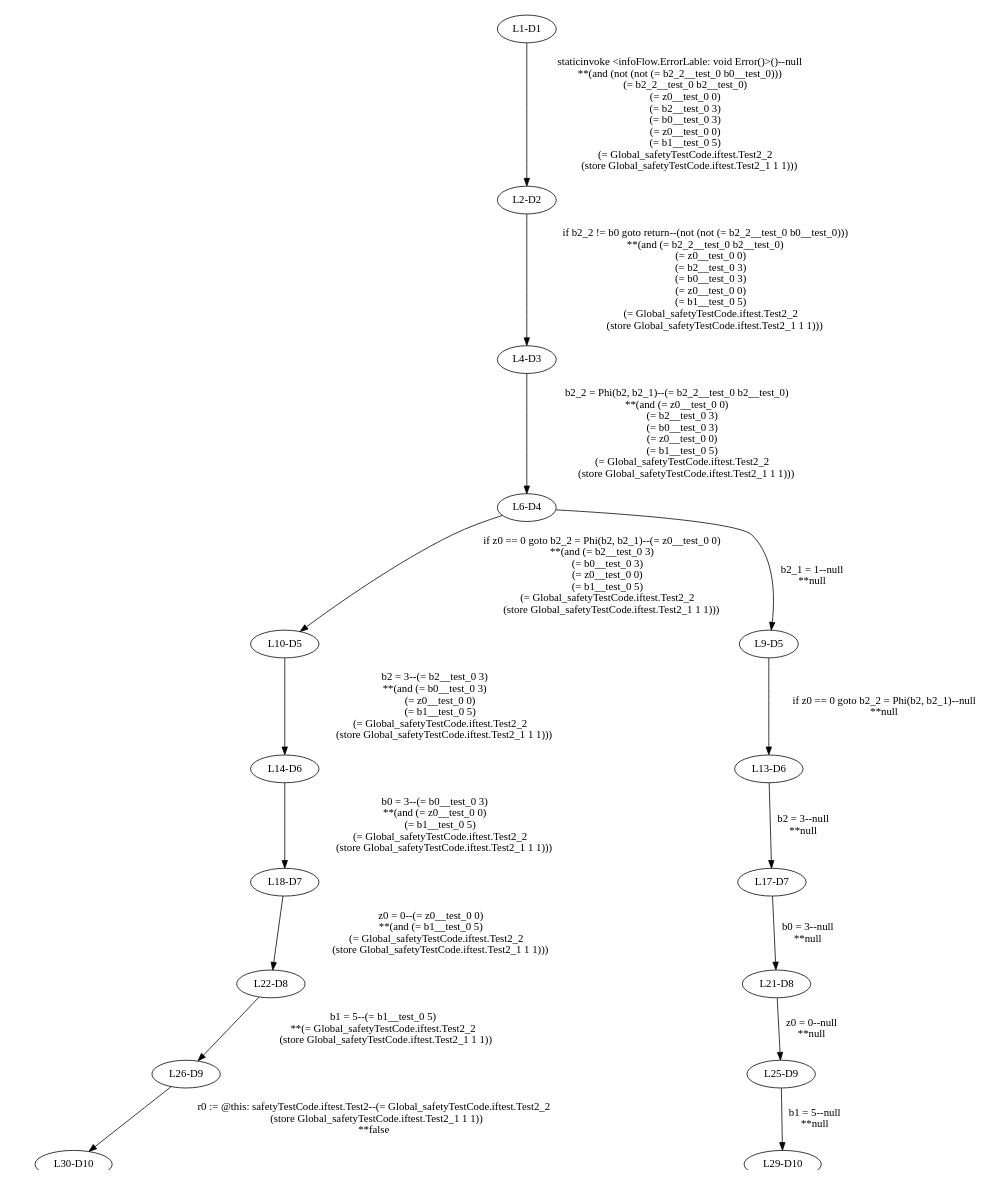
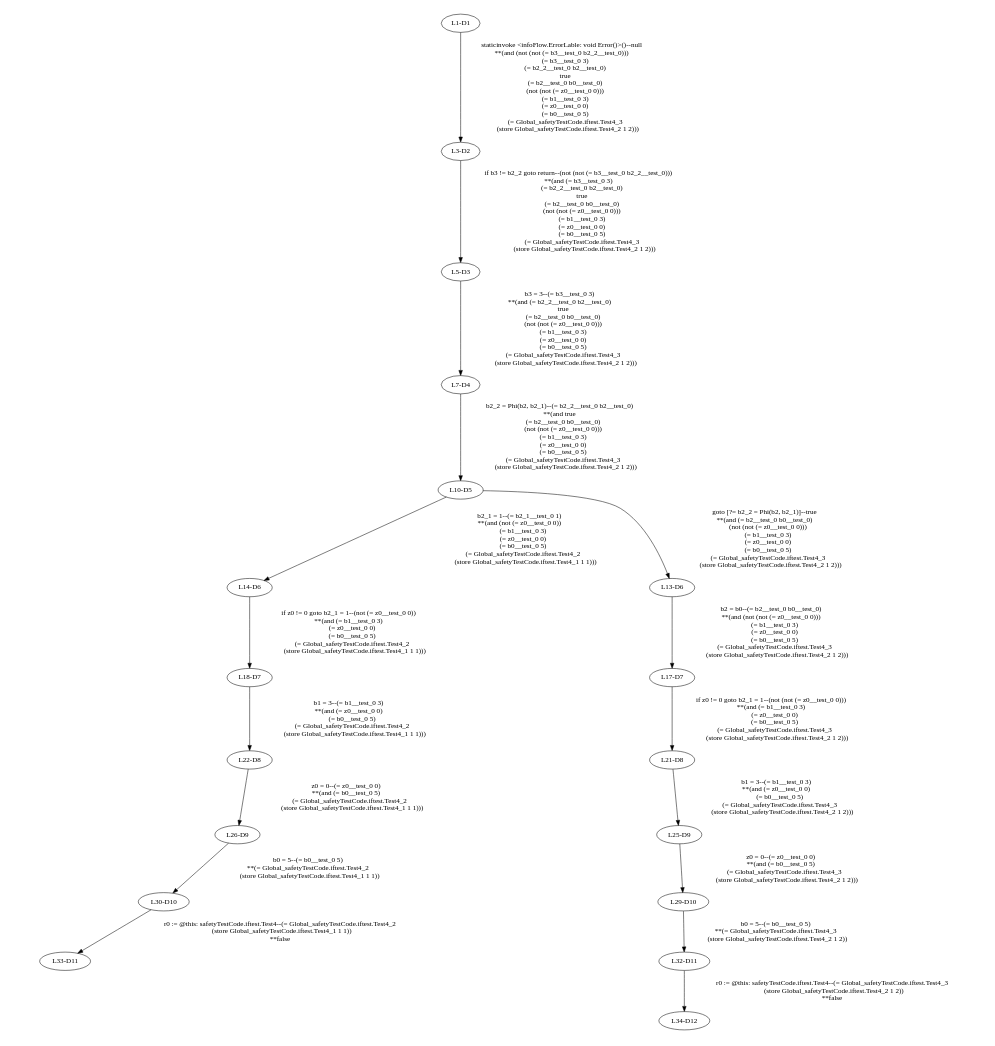
The diagram in SafetyChecker2/_errors.dot (gt-wunderhorn/gt-wunderhorn), drawn with Graphviz before and after one commit. The commit also changed 31 other files, not shown here.

```diff
--- a/SafetyChecker2/_errors.dot
+++ b/SafetyChecker2/_errors.dot
@@ -1,72 +1,111 @@
 digraph { 
 	ratio="fill";
 	size="8.3,11.7!";
 	margin=0;
-	"L1-D1" -> "L2-D2"[label="staticinvoke <infoFlow.ErrorLable: void Error()>()--null
-**(and (not (not (= b2_2__test_0 b0__test_0)))
+	"L1-D1" -> "L3-D2"[label="staticinvoke <infoFlow.ErrorLable: void Error()>()--null
+**(and (not (not (= b3__test_0 b2_2__test_0)))
+     (= b3__test_0 3)
      (= b2_2__test_0 b2__test_0)
+     true
+     (= b2__test_0 b0__test_0)
+     (not (not (= z0__test_0 0)))
+     (= b1__test_0 3)
      (= z0__test_0 0)
-     (= b2__test_0 3)
-     (= b0__test_0 3)
+     (= b0__test_0 5)
+     (= Global_safetyTestCode.iftest.Test4_3
+        (store Global_safetyTestCode.iftest.Test4_2 1 2)))"];
+	"L3-D2" -> "L5-D3"[label="if b3 != b2_2 goto return--(not (not (= b3__test_0 b2_2__test_0)))
+**(and (= b3__test_0 3)
+     (= b2_2__test_0 b2__test_0)
+     true
+     (= b2__test_0 b0__test_0)
+     (not (not (= z0__test_0 0)))
+     (= b1__test_0 3)
      (= z0__test_0 0)
-     (= b1__test_0 5)
-     (= Global_safetyTestCode.iftest.Test2_2
-        (store Global_safetyTestCode.iftest.Test2_1 1 1)))"];
-	"L2-D2" -> "L4-D3"[label="if b2_2 != b0 goto return--(not (not (= b2_2__test_0 b0__test_0)))
+     (= b0__test_0 5)
+     (= Global_safetyTestCode.iftest.Test4_3
+        (store Global_safetyTestCode.iftest.Test4_2 1 2)))"];
+	"L5-D3" -> "L7-D4"[label="b3 = 3--(= b3__test_0 3)
 **(and (= b2_2__test_0 b2__test_0)
+     true
+     (= b2__test_0 b0__test_0)
+     (not (not (= z0__test_0 0)))
+     (= b1__test_0 3)
      (= z0__test_0 0)
-     (= b2__test_0 3)
-     (= b0__test_0 3)
+     (= b0__test_0 5)
+     (= Global_safetyTestCode.iftest.Test4_3
+        (store Global_safetyTestCode.iftest.Test4_2 1 2)))"];
+	"L7-D4" -> "L10-D5"[label="b2_2 = Phi(b2, b2_1)--(= b2_2__test_0 b2__test_0)
+**(and true
+     (= b2__test_0 b0__test_0)
+     (not (not (= z0__test_0 0)))
+     (= b1__test_0 3)
      (= z0__test_0 0)
-     (= b1__test_0 5)
-     (= Global_safetyTestCode.iftest.Test2_2
-        (store Global_safetyTestCode.iftest.Test2_1 1 1)))"];
-	"L4-D3" -> "L6-D4"[label="b2_2 = Phi(b2, b2_1)--(= b2_2__test_0 b2__test_0)
+     (= b0__test_0 5)
+     (= Global_safetyTestCode.iftest.Test4_3
+        (store Global_safetyTestCode.iftest.Test4_2 1 2)))"];
+	"L10-D5" -> "L14-D6"[label="b2_1 = 1--(= b2_1__test_0 1)
+**(and (not (= z0__test_0 0))
+     (= b1__test_0 3)
+     (= z0__test_0 0)
+     (= b0__test_0 5)
+     (= Global_safetyTestCode.iftest.Test4_2
+        (store Global_safetyTestCode.iftest.Test4_1 1 1)))"];
+	"L10-D5" -> "L13-D6"[label="goto [?= b2_2 = Phi(b2, b2_1)]--true
+**(and (= b2__test_0 b0__test_0)
+     (not (not (= z0__test_0 0)))
+     (= b1__test_0 3)
+     (= z0__test_0 0)
+     (= b0__test_0 5)
+     (= Global_safetyTestCode.iftest.Test4_3
+        (store Global_safetyTestCode.iftest.Test4_2 1 2)))"];
+	"L14-D6" -> "L18-D7"[label="if z0 != 0 goto b2_1 = 1--(not (= z0__test_0 0))
+**(and (= b1__test_0 3)
+     (= z0__test_0 0)
+     (= b0__test_0 5)
+     (= Global_safetyTestCode.iftest.Test4_2
+        (store Global_safetyTestCode.iftest.Test4_1 1 1)))"];
+	"L13-D6" -> "L17-D7"[label="b2 = b0--(= b2__test_0 b0__test_0)
+**(and (not (not (= z0__test_0 0)))
+     (= b1__test_0 3)
+     (= z0__test_0 0)
+     (= b0__test_0 5)
+     (= Global_safetyTestCode.iftest.Test4_3
+        (store Global_safetyTestCode.iftest.Test4_2 1 2)))"];
+	"L18-D7" -> "L22-D8"[label="b1 = 3--(= b1__test_0 3)
 **(and (= z0__test_0 0)
-     (= b2__test_0 3)
-     (= b0__test_0 3)
+     (= b0__test_0 5)
+     (= Global_safetyTestCode.iftest.Test4_2
+        (store Global_safetyTestCode.iftest.Test4_1 1 1)))"];
+	"L17-D7" -> "L21-D8"[label="if z0 != 0 goto b2_1 = 1--(not (not (= z0__test_0 0)))
+**(and (= b1__test_0 3)
      (= z0__test_0 0)
-     (= b1__test_0 5)
-     (= Global_safetyTestCode.iftest.Test2_2
-        (store Global_safetyTestCode.iftest.Test2_1 1 1)))"];
-	"L6-D4" -> "L10-D5"[label="if z0 == 0 goto b2_2 = Phi(b2, b2_1)--(= z0__test_0 0)
-**(and (= b2__test_0 3)
-     (= b0__test_0 3)
-     (= z0__test_0 0)
-     (= b1__test_0 5)
-     (= Global_safetyTestCode.iftest.Test2_2
-        (store Global_safetyTestCode.iftest.Test2_1 1 1)))"];
-	"L6-D4" -> "L9-D5"[label="b2_1 = 1--null
-**null"];
-	"L10-D5" -> "L14-D6"[label="b2 = 3--(= b2__test_0 3)
-**(and (= b0__test_0 3)
-     (= z0__test_0 0)
-     (= b1__test_0 5)
-     (= Global_safetyTestCode.iftest.Test2_2
-        (store Global_safetyTestCode.iftest.Test2_1 1 1)))"];
-	"L9-D5" -> "L13-D6"[label="if z0 == 0 goto b2_2 = Phi(b2, b2_1)--null
-**null"];
-	"L14-D6" -> "L18-D7"[label="b0 = 3--(= b0__test_0 3)
+     (= b0__test_0 5)
+     (= Global_safetyTestCode.iftest.Test4_3
+        (store Global_safetyTestCode.iftest.Test4_2 1 2)))"];
+	"L22-D8" -> "L26-D9"[label="z0 = 0--(= z0__test_0 0)
+**(and (= b0__test_0 5)
+     (= Global_safetyTestCode.iftest.Test4_2
+        (store Global_safetyTestCode.iftest.Test4_1 1 1)))"];
+	"L21-D8" -> "L25-D9"[label="b1 = 3--(= b1__test_0 3)
 **(and (= z0__test_0 0)
-     (= b1__test_0 5)
-     (= Global_safetyTestCode.iftest.Test2_2
-        (store Global_safetyTestCode.iftest.Test2_1 1 1)))"];
-	"L13-D6" -> "L17-D7"[label="b2 = 3--null
-**null"];
-	"L18-D7" -> "L22-D8"[label="z0 = 0--(= z0__test_0 0)
-**(and (= b1__test_0 5)
-     (= Global_safetyTestCode.iftest.Test2_2
-        (store Global_safetyTestCode.iftest.Test2_1 1 1)))"];
-	"L17-D7" -> "L21-D8"[label="b0 = 3--null
-**null"];
-	"L22-D8" -> "L26-D9"[label="b1 = 5--(= b1__test_0 5)
-**(= Global_safetyTestCode.iftest.Test2_2
-   (store Global_safetyTestCode.iftest.Test2_1 1 1))"];
-	"L21-D8" -> "L25-D9"[label="z0 = 0--null
-**null"];
-	"L26-D9" -> "L30-D10"[label="r0 := @this: safetyTestCode.iftest.Test2--(= Global_safetyTestCode.iftest.Test2_2
-   (store Global_safetyTestCode.iftest.Test2_1 1 1))
+     (= b0__test_0 5)
+     (= Global_safetyTestCode.iftest.Test4_3
+        (store Global_safetyTestCode.iftest.Test4_2 1 2)))"];
+	"L26-D9" -> "L30-D10"[label="b0 = 5--(= b0__test_0 5)
+**(= Global_safetyTestCode.iftest.Test4_2
+   (store Global_safetyTestCode.iftest.Test4_1 1 1))"];
+	"L25-D9" -> "L29-D10"[label="z0 = 0--(= z0__test_0 0)
+**(and (= b0__test_0 5)
+     (= Global_safetyTestCode.iftest.Test4_3
+        (store Global_safetyTestCode.iftest.Test4_2 1 2)))"];
+	"L30-D10" -> "L33-D11"[label="r0 := @this: safetyTestCode.iftest.Test4--(= Global_safetyTestCode.iftest.Test4_2
+   (store Global_safetyTestCode.iftest.Test4_1 1 1))
 **false"];
-	"L25-D9" -> "L29-D10"[label="b1 = 5--null
-**null"];
+	"L29-D10" -> "L32-D11"[label="b0 = 5--(= b0__test_0 5)
+**(= Global_safetyTestCode.iftest.Test4_3
+   (store Global_safetyTestCode.iftest.Test4_2 1 2))"];
+	"L32-D11" -> "L34-D12"[label="r0 := @this: safetyTestCode.iftest.Test4--(= Global_safetyTestCode.iftest.Test4_3
+   (store Global_safetyTestCode.iftest.Test4_2 1 2))
+**false"];
 }
```
